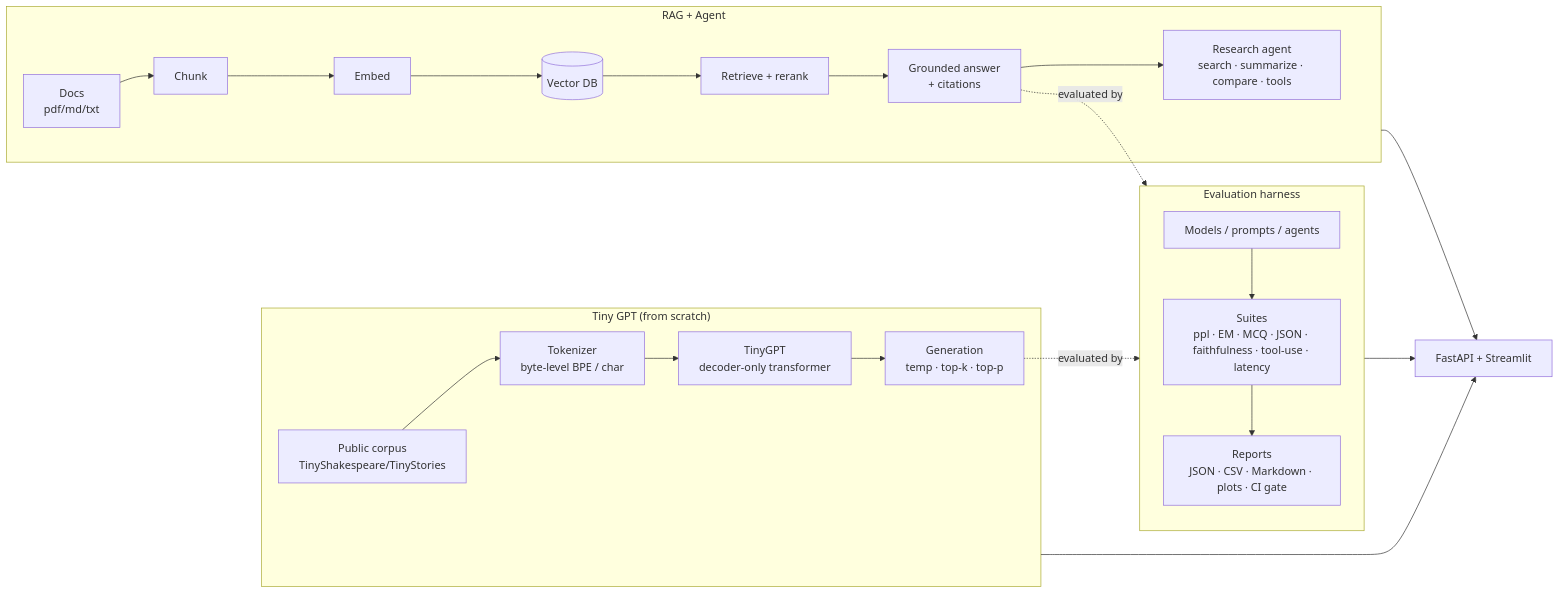
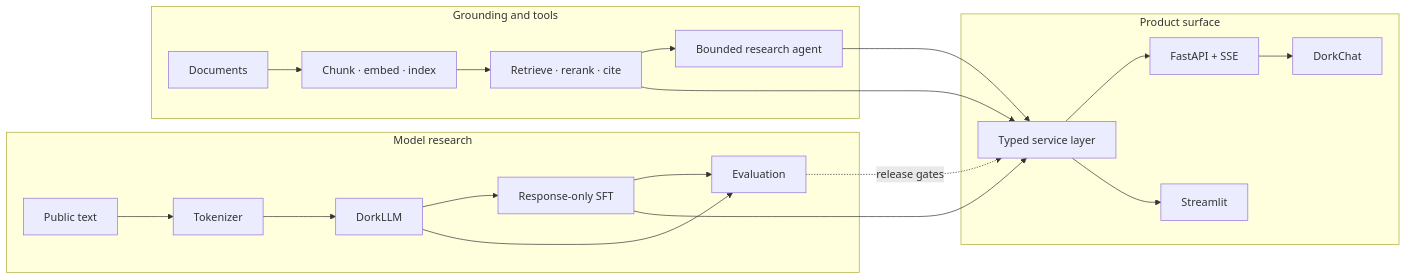
One commit to srgangaram-swe/dork-llm changed the diagram in README.md. Above: the diagram before and after it, drawn with Mermaid. The commit also changed other lines of this file and 63 other files, not shown here.

````diff
--- a/README.md
+++ b/README.md
@@ -45,20 +48,27 @@
 ```mermaid
 flowchart LR
-    subgraph Train["Tiny GPT (from scratch)"]
-        A[Public corpus<br/>TinyShakespeare/TinyStories] --> B[Tokenizer<br/>byte-level BPE / char]
-        B --> C[TinyGPT<br/>decoder-only transformer]
-        C --> D[Generation<br/>temp · top-k · top-p]
+    subgraph Research["Model research"]
+        DATA[Public text] --> TOK[Tokenizer]
+        TOK --> LM[DorkLLM]
+        LM --> SFT[Response-only SFT]
+        LM --> EVAL[Evaluation]
+        SFT --> EVAL
     end
-    subgraph RAG["RAG + Agent"]
-        E[Docs<br/>pdf/md/txt] --> F[Chunk] --> G[Embed] --> H[(Vector DB)]
-        H --> I[Retrieve + rerank] --> J[Grounded answer<br/>+ citations]
-        J --> K[Research agent<br/>search · summarize · compare · tools]
+
+    subgraph Grounding["Grounding and tools"]
+        DOCS[Documents] --> INDEX[Chunk · embed · index]
+        INDEX --> RAG[Retrieve · rerank · cite]
+        RAG --> AGENT[Bounded research agent]
     end
-    subgraph Eval["Evaluation harness"]
-        L[Models / prompts / agents] --> M[Suites<br/>ppl · EM · MCQ · JSON · faithfulness · tool-use · latency]
-        M --> N[Reports<br/>JSON · CSV · Markdown · plots · CI gate]
+
+    subgraph Product["Product surface"]
+        SERVICE[Typed service layer] --> API[FastAPI + SSE]
+        API --> CHAT[DorkChat]
+        SERVICE --> DASH[Streamlit]
     end
-    D -.evaluated by.-> Eval
-    J -.evaluated by.-> Eval
-    Train & RAG & Eval --> S[FastAPI + Streamlit]
+
+    SFT --> SERVICE
+    RAG --> SERVICE
+    AGENT --> SERVICE
+    EVAL -. release gates .-> SERVICE
 ```
````
